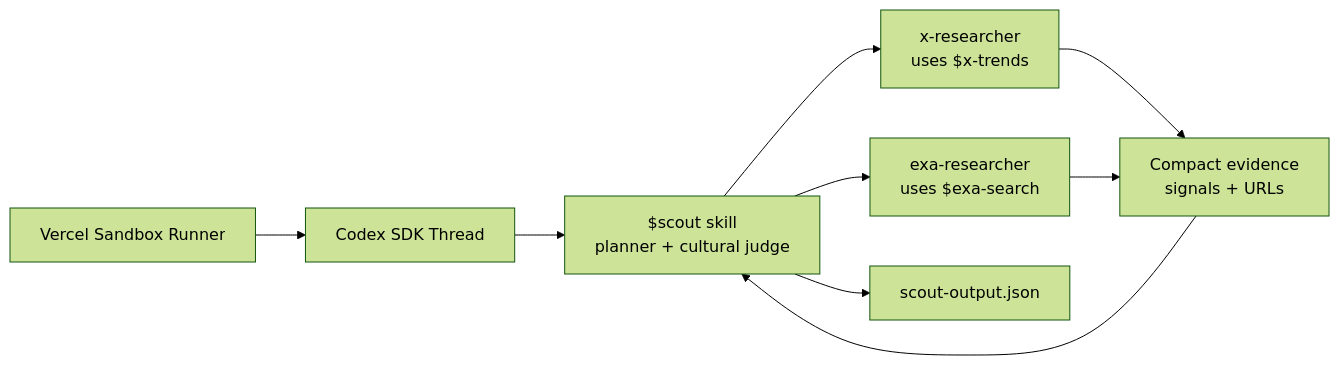
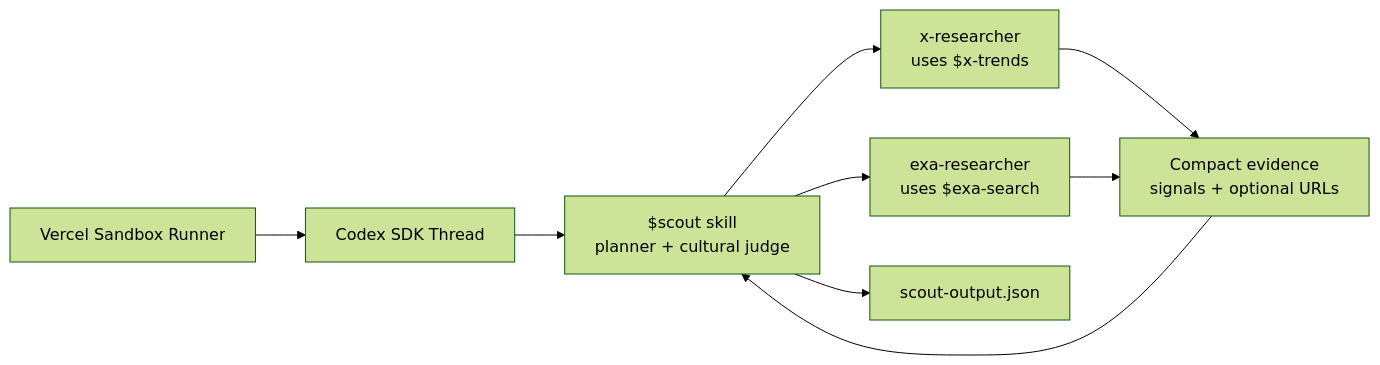
One commit to neilsanghrajka/drip changed the diagram in docs/specs/01_SCOUT.md. Above: the diagram before and after it, drawn with Mermaid (forest theme). The commit also changed other lines of this file and 19 other files, not shown here.

````diff
--- a/docs/specs/01_SCOUT.md
+++ b/docs/specs/01_SCOUT.md
@@ -12,18 +12,18 @@
 ```mermaid
 flowchart LR
   Runner["Vercel Sandbox Runner"]
   Codex["Codex SDK Thread"]
   Scout["$scout skill<br/>planner + cultural judge"]
   XAgent["x-researcher<br/>uses $x-trends"]
   ExaAgent["exa-researcher<br/>uses $exa-search"]
-  Evidence["Compact evidence<br/>signals + URLs"]
+  Evidence["Compact evidence<br/>signals + optional URLs"]
   Output["scout-output.json"]
 
   Runner --> Codex --> Scout
   Scout --> XAgent
   Scout --> ExaAgent
   XAgent --> Evidence
   ExaAgent --> Evidence
   Evidence --> Scout
   Scout --> Output
 ```
````
